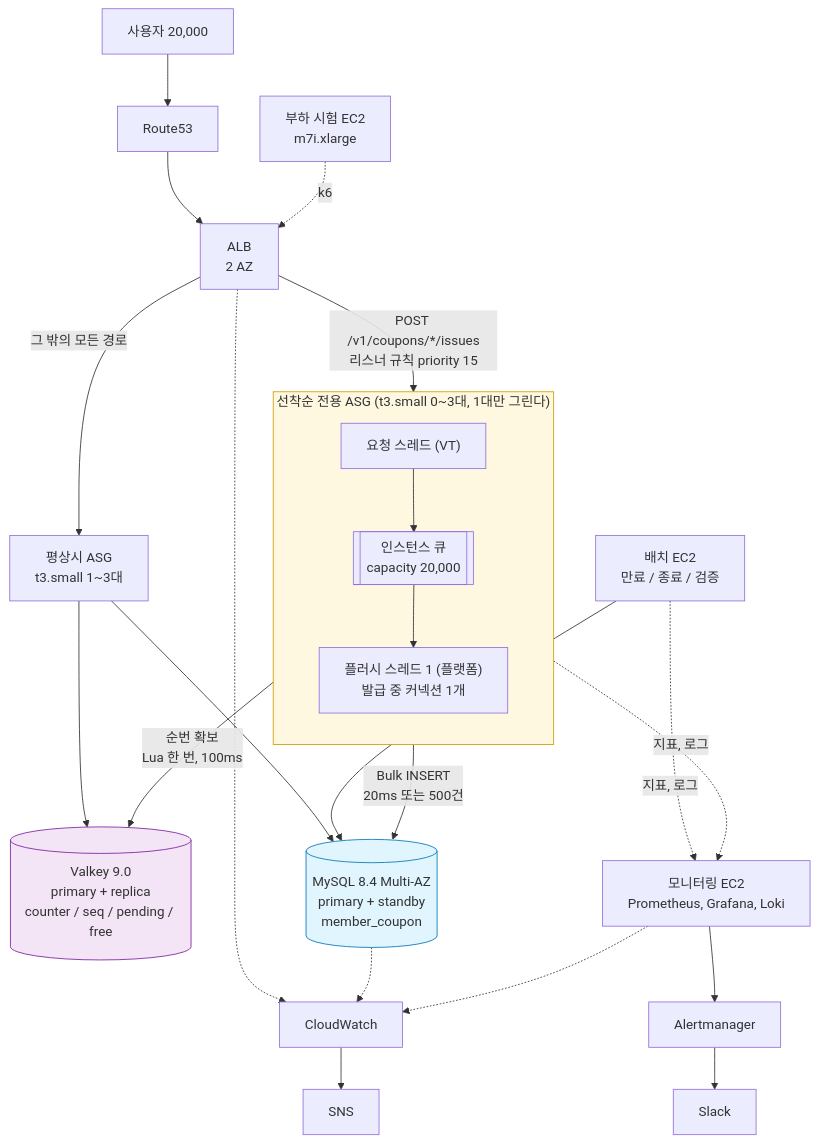
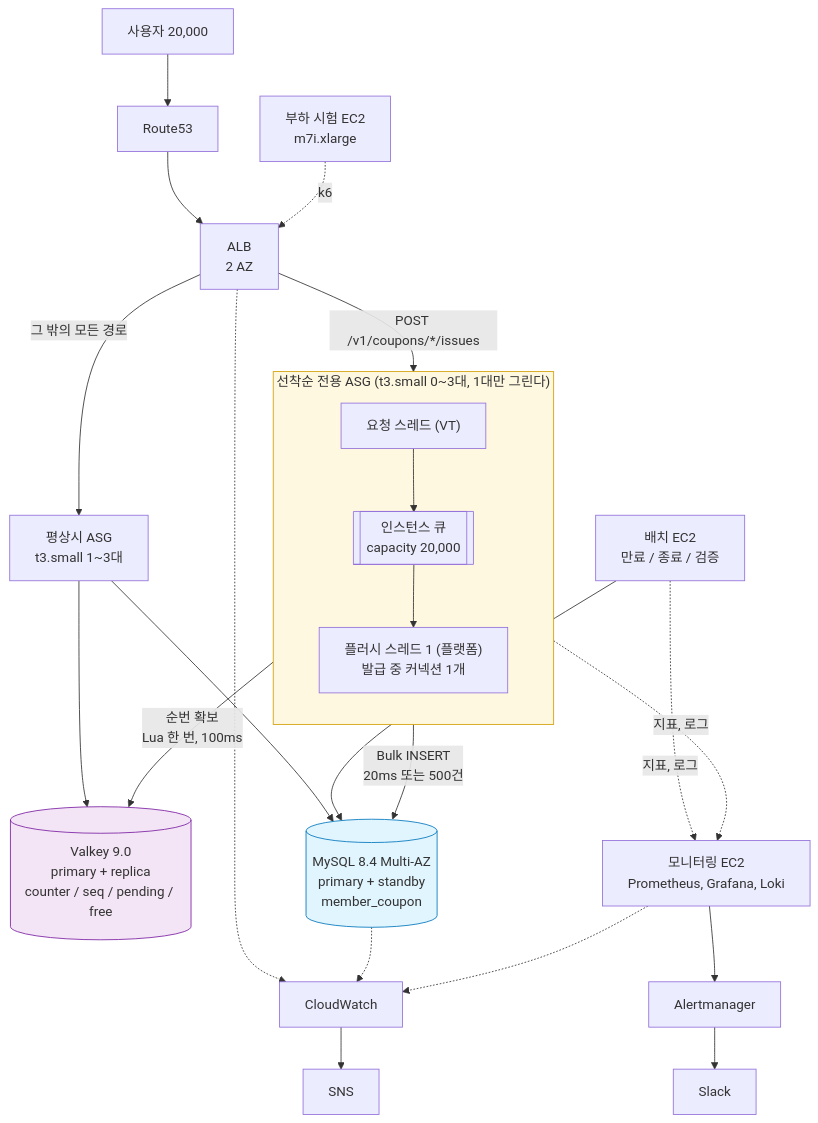
The first of 2 diagrams in README.md (fresh-market/fm-backend), drawn with Mermaid before and after one commit.

Commit message:
[Docs] 발급 구조 그림에서 리스너 규칙 번호를 뺀다

````diff
--- a/README.md
+++ b/README.md
@@ -252,31 +252,31 @@
 ```mermaid
 flowchart TB
     U["사용자 20,000"] --> R53["Route53"] --> ALB["ALB<br/>2 AZ"]
     ALB -->|"그 밖의 모든 경로"| ASGA["평상시 ASG<br/>t3.small 1~3대"]
 
     subgraph COUPON["선착순 전용 ASG (t3.small 0~3대, 1대만 그린다)"]
         direction TB
         VT["요청 스레드 (VT)"] --> Q1[["인스턴스 큐<br/>capacity 20,000"]]
         Q1 --> F1["플러시 스레드 1 (플랫폼)<br/>발급 중 커넥션 1개"]
     end
-    ALB -->|"POST /v1/coupons/*/issues<br/>리스너 규칙 priority 15"| VT
+    ALB -->|"POST /v1/coupons/*/issues"| VT
 
     CACHE[("Valkey 9.0<br/>primary + replica<br/>counter / seq / pending / free")]
     RDS[("MySQL 8.4 Multi-AZ<br/>primary + standby<br/>member_coupon")]
 
     VT -->|"순번 확보<br/>Lua 한 번, 100ms"| CACHE
     F1 -->|"Bulk INSERT<br/>20ms 또는 500건"| RDS
     ASGA --> RDS & CACHE
 
     BATCH["배치 EC2<br/>만료 / 종료 / 검증"] --> RDS
     MON["모니터링 EC2<br/>Prometheus, Grafana, Loki"]
     LT["부하 시험 EC2<br/>m7i.xlarge"] -.->|"k6"| ALB
 
     COUPON & BATCH -.->|"지표, 로그"| MON
     MON --> AM["Alertmanager"] --> SLACK["Slack"]
     ALB & RDS & MON -.-> CW["CloudWatch"] --> SNS["SNS"]
 
     style COUPON fill:#fff8e1,stroke:#d39e00
     style CACHE fill:#f3e5f5,stroke:#7b1fa2
     style RDS fill:#e1f5fe,stroke:#0277bd
 ```
````
